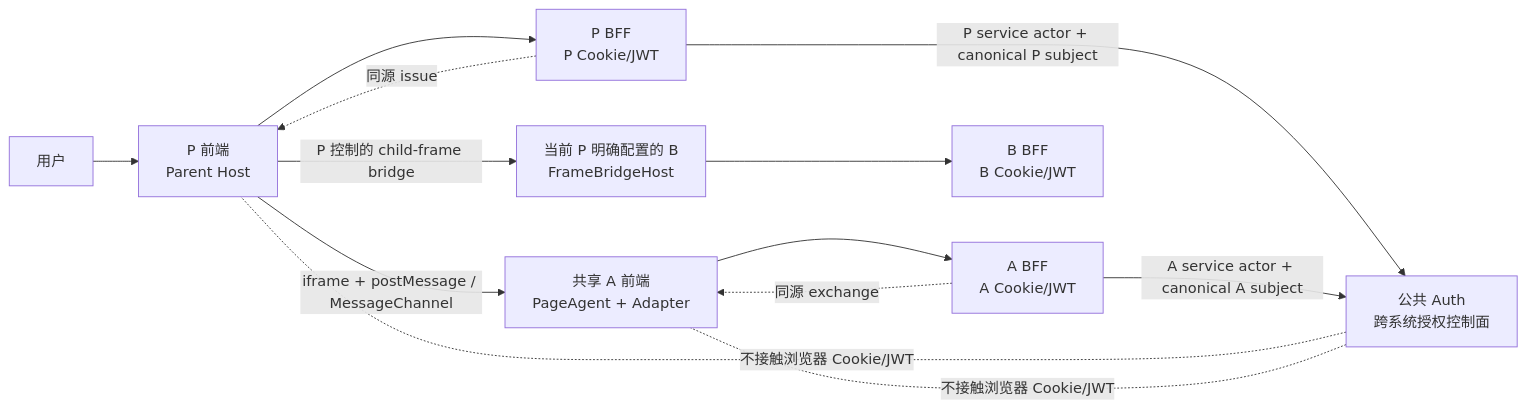
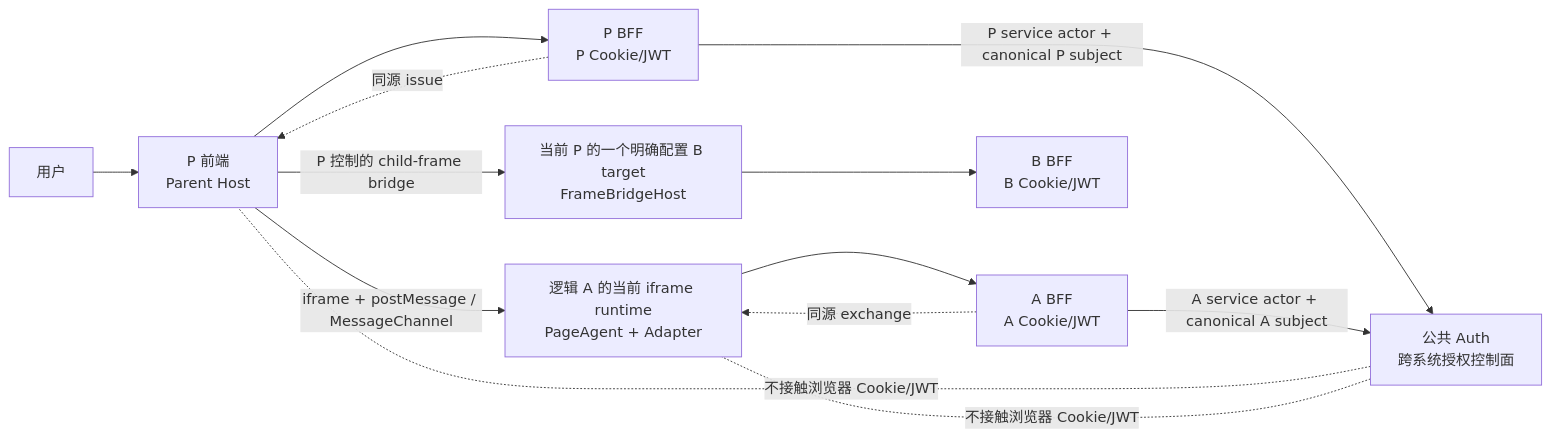
Before and after one commit to JohnParken/page-agent: the first of 2 diagrams in docs/parent-bridge-auth-architecture.zh-CN.md, drawn with Mermaid. The commit also changed other lines of this file and 34 other files, not shown here.

````diff
--- a/docs/parent-bridge-auth-architecture.zh-CN.md
+++ b/docs/parent-bridge-auth-architecture.zh-CN.md
@@ -23,15 +37,15 @@
 ```mermaid
 flowchart LR
     User["用户"] --> PWeb["P 前端<br/>Parent Host"]
-    PWeb -->|"iframe + postMessage / MessageChannel"| AWeb["共享 A 前端<br/>PageAgent + Adapter"]
-    PWeb -->|"P 控制的 child-frame bridge"| BWeb["当前 P 明确配置的 B<br/>FrameBridgeHost"]
+    PWeb -->|"iframe + postMessage / MessageChannel"| AWeb["逻辑 A 的当前 iframe runtime<br/>PageAgent + Adapter"]
+    PWeb -->|"P 控制的 child-frame bridge"| BWeb["当前 P 的一个明确配置 B target<br/>FrameBridgeHost"]
     PWeb --> PBFF["P BFF<br/>P Cookie/JWT"]
     AWeb --> ABFF["A BFF<br/>A Cookie/JWT"]
     BWeb --> BBFF["B BFF<br/>B Cookie/JWT"]
     PBFF -->|"P service actor + canonical P subject"| Auth["公共 Auth<br/>跨系统授权控制面"]
     ABFF -->|"A service actor + canonical A subject"| Auth
     PBFF -. "同源 issue" .-> PWeb
     ABFF -. "同源 exchange" .-> AWeb
     Auth -. "不接触浏览器 Cookie/JWT" .- PWeb
     Auth -. "不接触浏览器 Cookie/JWT" .- AWeb
 ```
````
